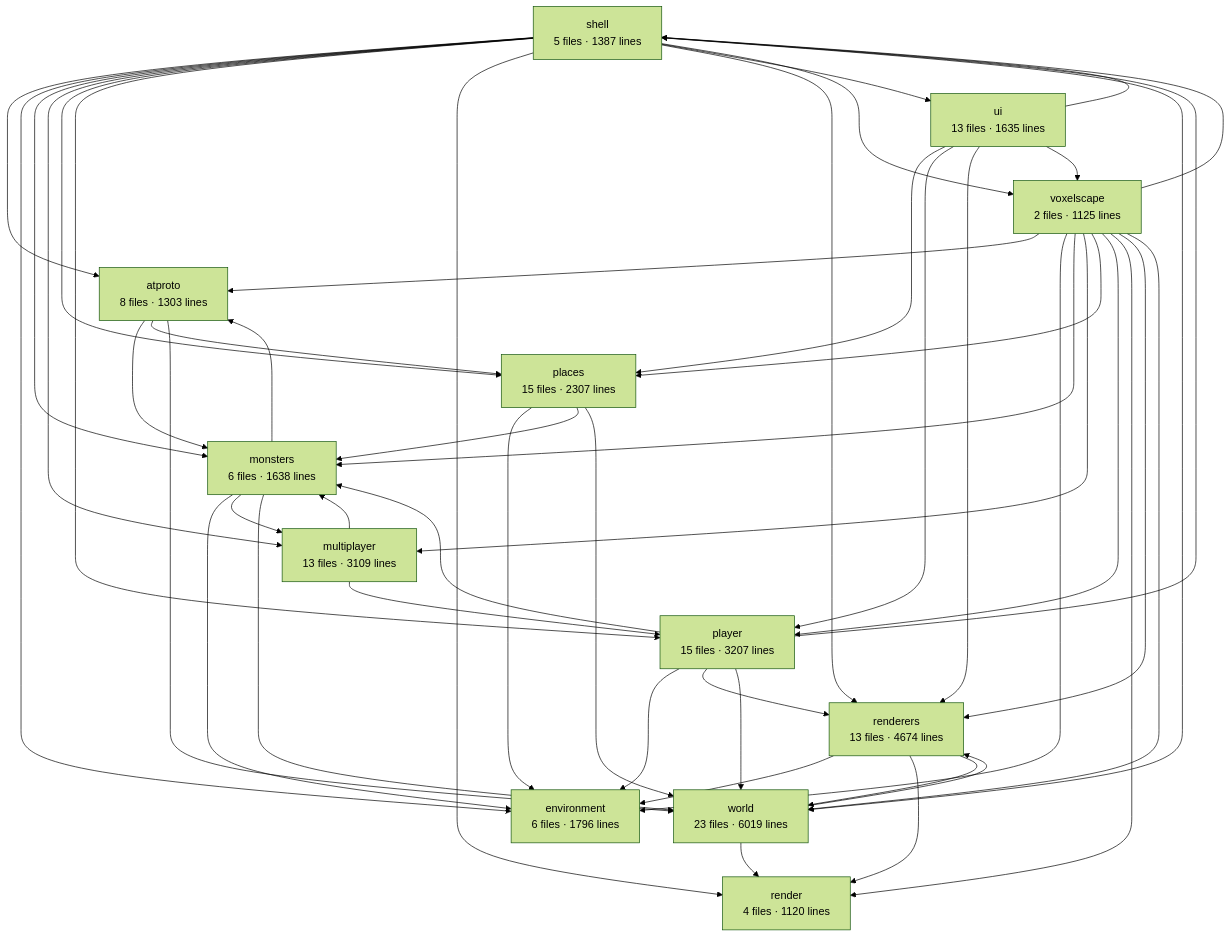
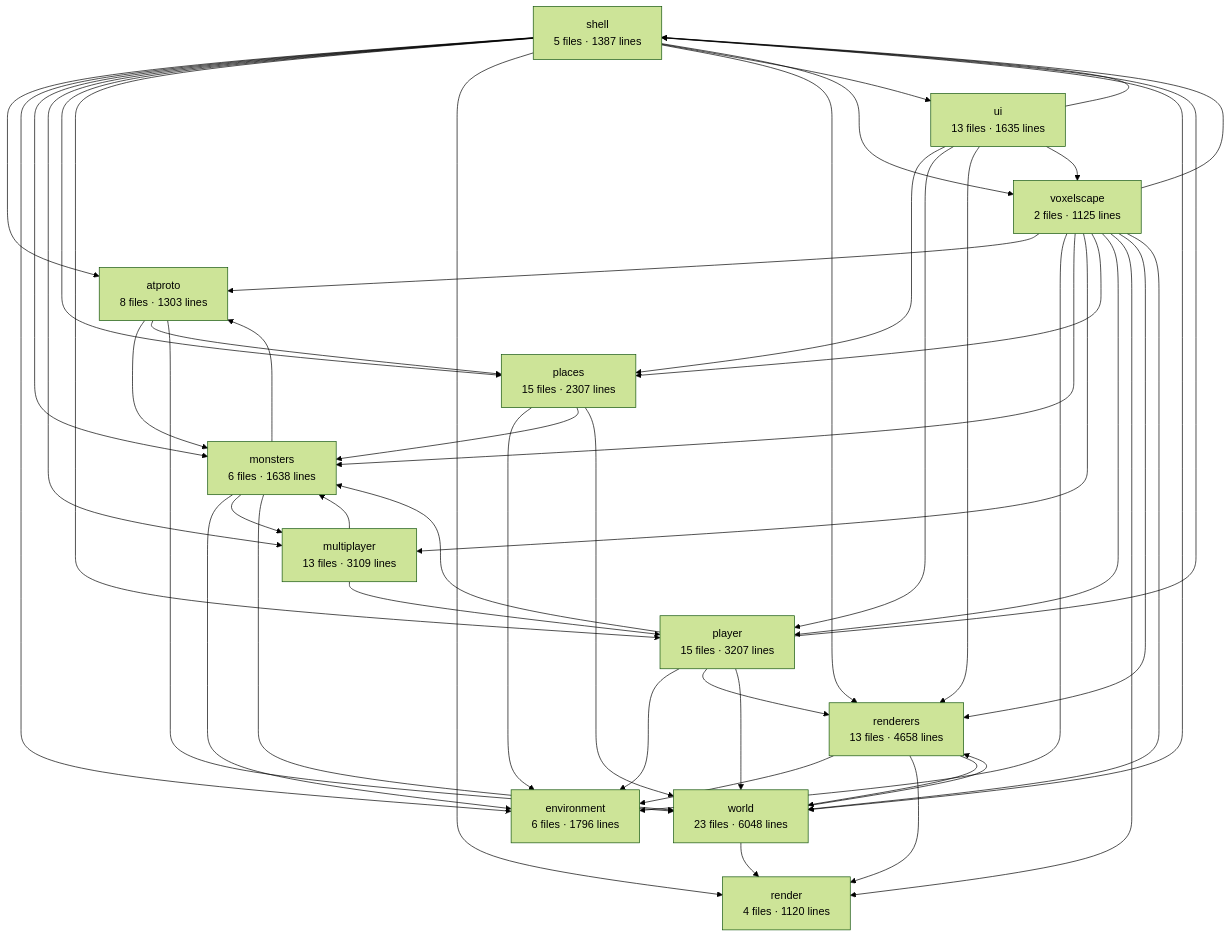
Before and after one commit to clinuxrulz/big-mesh-studios: the diagram in apps/voxelscape/docs/architecture.md, drawn with Mermaid (forest theme). The commit also changed other lines of this file and 24 other files, not shown here.

````diff
--- a/apps/voxelscape/docs/architecture.md
+++ b/apps/voxelscape/docs/architecture.md
@@ -6,63 +6,63 @@
 ```mermaid
 graph TD
   shell["shell<br/>5 files · 1387 lines"]
   voxelscape["voxelscape<br/>2 files · 1125 lines"]
-  world["world<br/>23 files · 6019 lines"]
-  renderers["renderers<br/>13 files · 4674 lines"]
+  world["world<br/>23 files · 6048 lines"]
+  renderers["renderers<br/>13 files · 4658 lines"]
   render["render<br/>4 files · 1120 lines"]
   player["player<br/>15 files · 3207 lines"]
   monsters["monsters<br/>6 files · 1638 lines"]
   multiplayer["multiplayer<br/>13 files · 3109 lines"]
   places["places<br/>15 files · 2307 lines"]
   environment["environment<br/>6 files · 1796 lines"]
   atproto["atproto<br/>8 files · 1303 lines"]
   ui["ui<br/>13 files · 1635 lines"]
   atproto --> monsters
   atproto --> places
   atproto --> world
   monsters --> atproto
   monsters --> environment
   monsters --> multiplayer
   monsters --> world
   multiplayer --> monsters
   multiplayer --> player
   places --> environment
   places --> monsters
   places --> world
   player --> environment
   player --> monsters
   player --> renderers
   player --> shell
   player --> world
   renderers --> environment
   renderers --> render
   renderers --> world
   shell --> atproto
   shell --> environment
   shell --> monsters
   shell --> multiplayer
   shell --> places
   shell --> player
   shell --> render
   shell --> renderers
   shell --> ui
   shell --> voxelscape
   shell --> world
   ui --> places
   ui --> player
   ui --> renderers
   ui --> shell
   ui --> voxelscape
   voxelscape --> atproto
   voxelscape --> environment
   voxelscape --> monsters
   voxelscape --> multiplayer
   voxelscape --> places
   voxelscape --> player
   voxelscape --> render
   voxelscape --> renderers
   voxelscape --> shell
   voxelscape --> world
   world --> render
   world --> renderers
 ```
````
